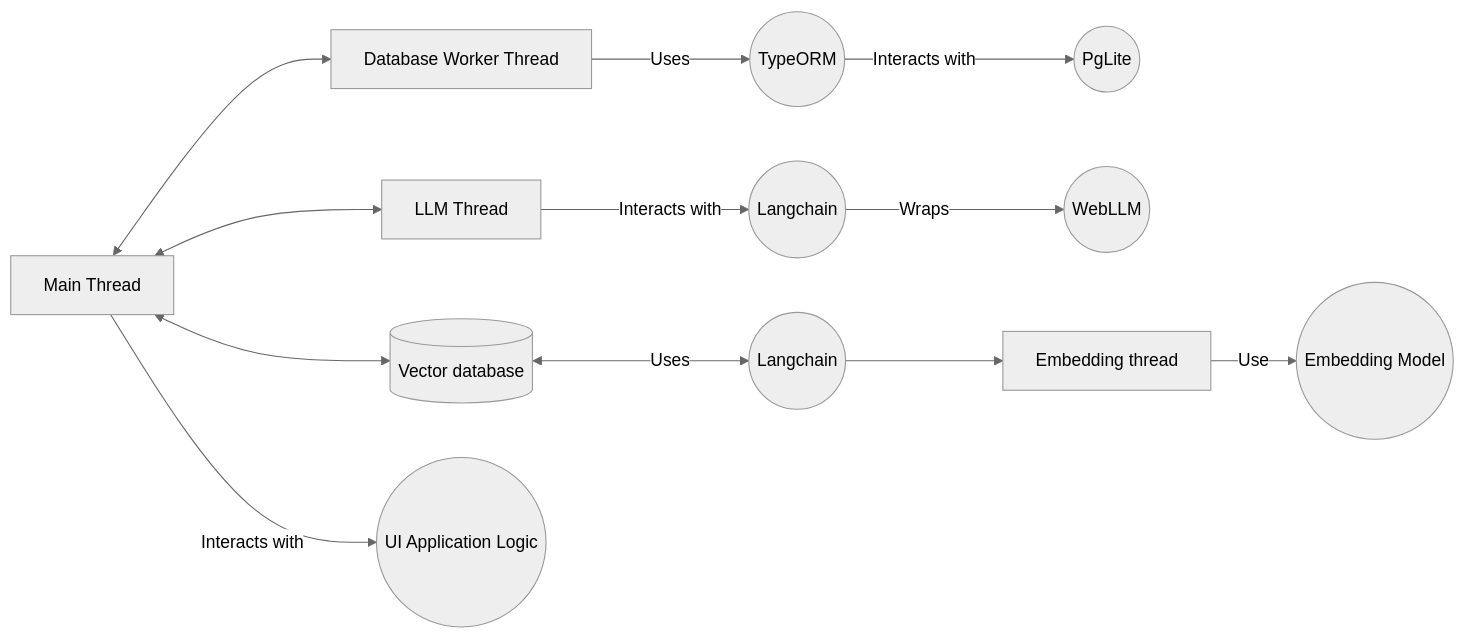
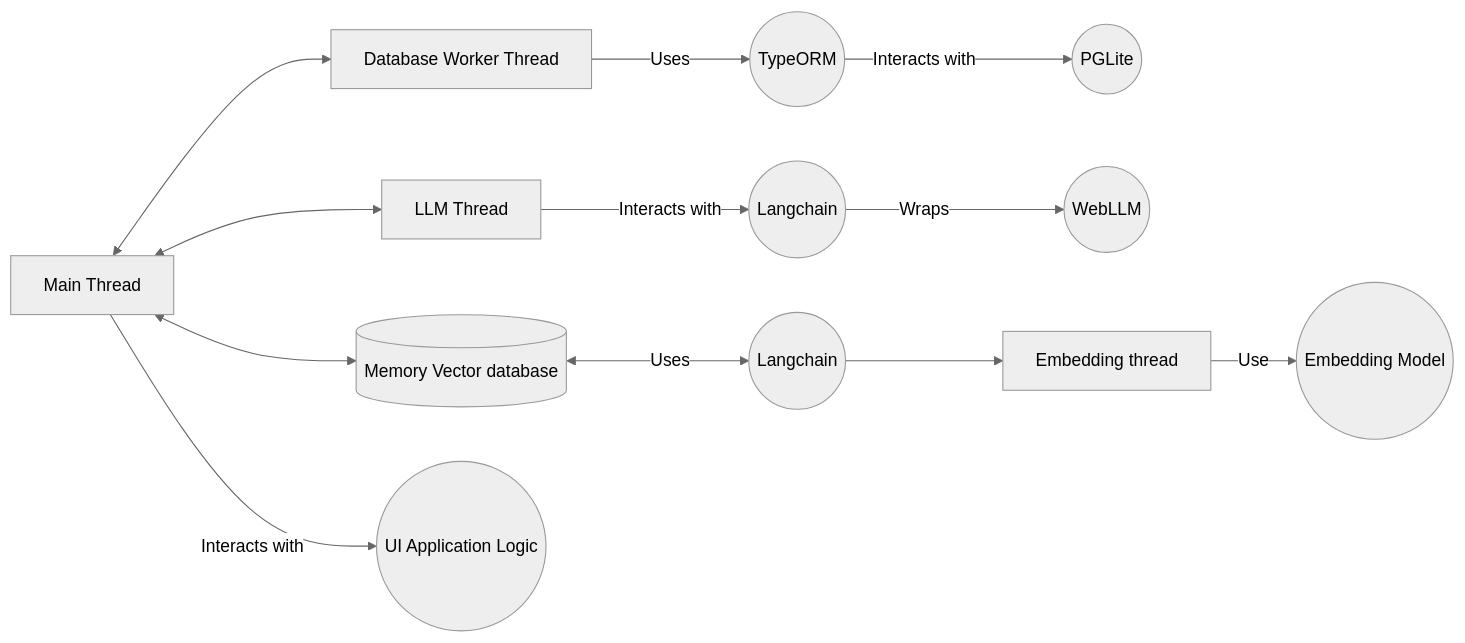
Before and after one commit to zrg-team/NoLLMChat: the diagram in README.md, drawn with Mermaid (neutral theme). The commit also changed other lines of this file, not shown here.

````diff
--- a/README.md
+++ b/README.md
@@ -60,15 +60,15 @@
 ```mermaid
 graph LR
     A[Main Thread] <--> C[Database Worker Thread]
     C -->|Uses| I((TypeORM))
-    I -->|Interacts with| D((PgLite))
+    I -->|Interacts with| D((PGLite))
     A <--> E[LLM Thread]
     E -->|Interacts with| J((Langchain))
     J -->|Wraps| F((WebLLM))
-    A <--> G[(Vector database)]
+    A <--> G[(Memory Vector database)]
     G <--> |Uses| H((Langchain))
     H --> K[Embedding thread]
     K -->|Use| L((Embedding Model))
     
     A -->|Interacts with| B((UI Application Logic))
 ```
````
